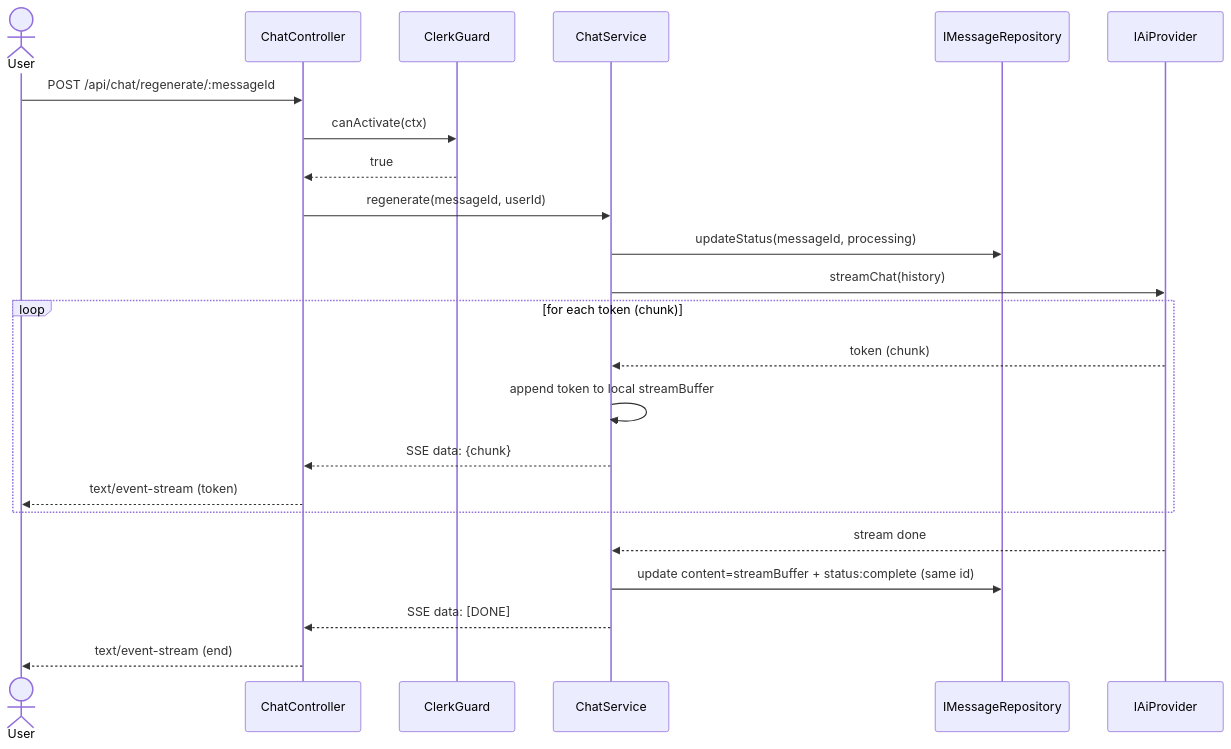
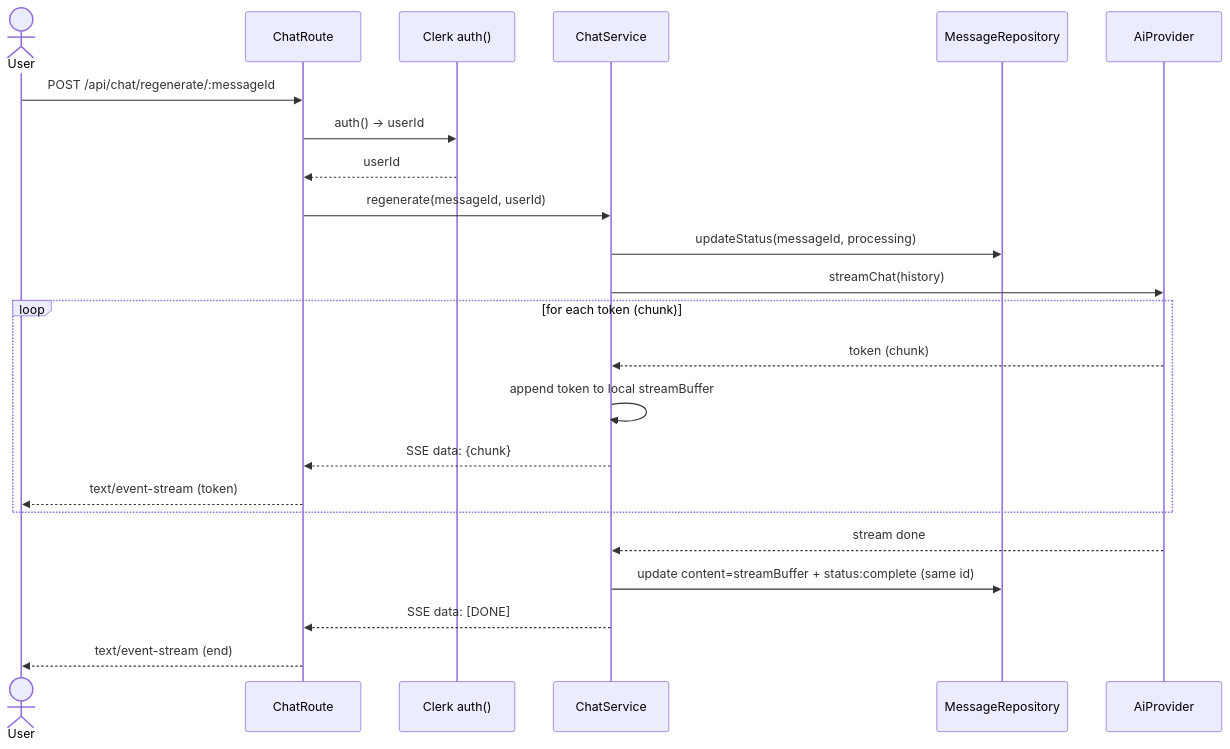
One commit to Glitch-guy0/chaiGPT changed the fifth of 6 diagrams in _bmad-output/planning-artifacts/03-sequence.md. Above: the diagram before and after it, drawn with Mermaid. The commit also changed other lines of this file and 9 other files, not shown here.

````diff
--- a/_bmad-output/planning-artifacts/03-sequence.md
+++ b/_bmad-output/planning-artifacts/03-sequence.md
@@ -131,26 +130,26 @@
 ```mermaid
 sequenceDiagram
     actor User
-    participant C as ChatController
-    participant G as ClerkGuard
+    participant C as ChatRoute
+    participant AUTH as Clerk auth()
     participant S as ChatService
-    participant MR as IMessageRepository
-    participant AI as IAiProvider
+    participant MR as MessageRepository
+    participant AI as AiProvider
 
     User->>C: POST /api/chat/regenerate/:messageId
-    C->>G: canActivate(ctx)
-    G-->>C: true
+    C->>AUTH: auth() -> userId
+    AUTH-->>C: userId
     C->>S: regenerate(messageId, userId)
     S->>MR: updateStatus(messageId, processing)
     S->>AI: streamChat(history)
     loop for each token (chunk)
         AI-->>S: token (chunk)
         S->>S: append token to local streamBuffer
         S-->>C: SSE data: {chunk}
         C-->>User: text/event-stream (token)
     end
     AI-->>S: stream done
     S->>MR: update content=streamBuffer + status:complete (same id)
     S-->>C: SSE data: [DONE]
     C-->>User: text/event-stream (end)
 ```
````
